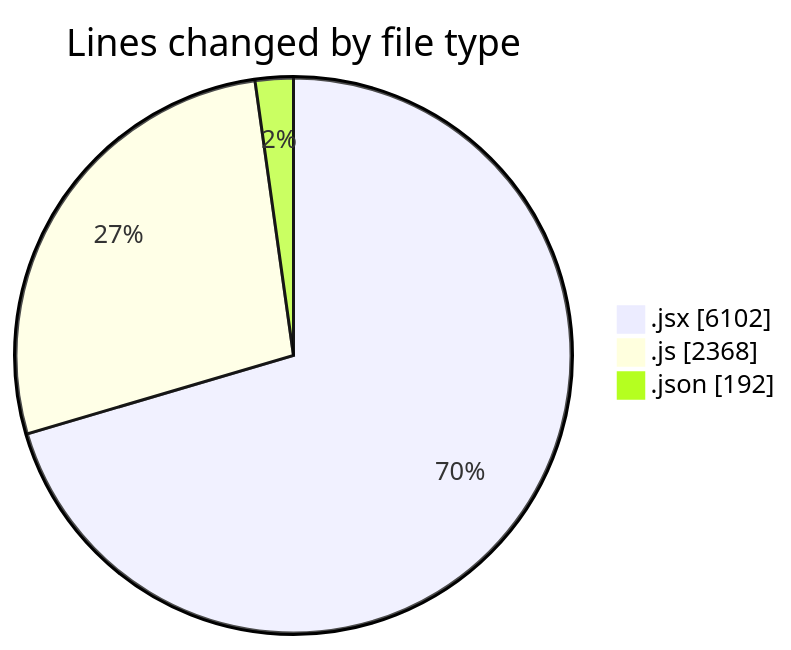
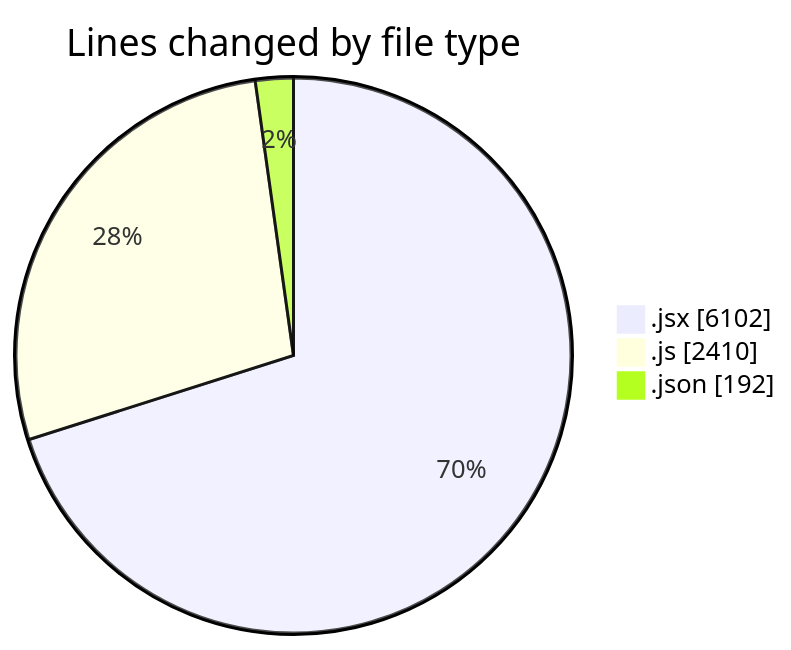
The first of 2 diagrams in 2025-08-06/nxtqube_webapp/README.md (nxtqubesakshisongat/code-tracking), drawn with Mermaid before and after one commit. The commit also changed other lines of this file and 1 other file, not shown here.

````diff
--- a/2025-08-06/nxtqube_webapp/README.md
+++ b/2025-08-06/nxtqube_webapp/README.md
@@ -31,7 +31,7 @@
 ```mermaid
 pie showData
 title Lines changed by file type
 ".jsx" : 6102
-".js" : 2368
+".js" : 2410
 ".json" : 192
 ```
````
